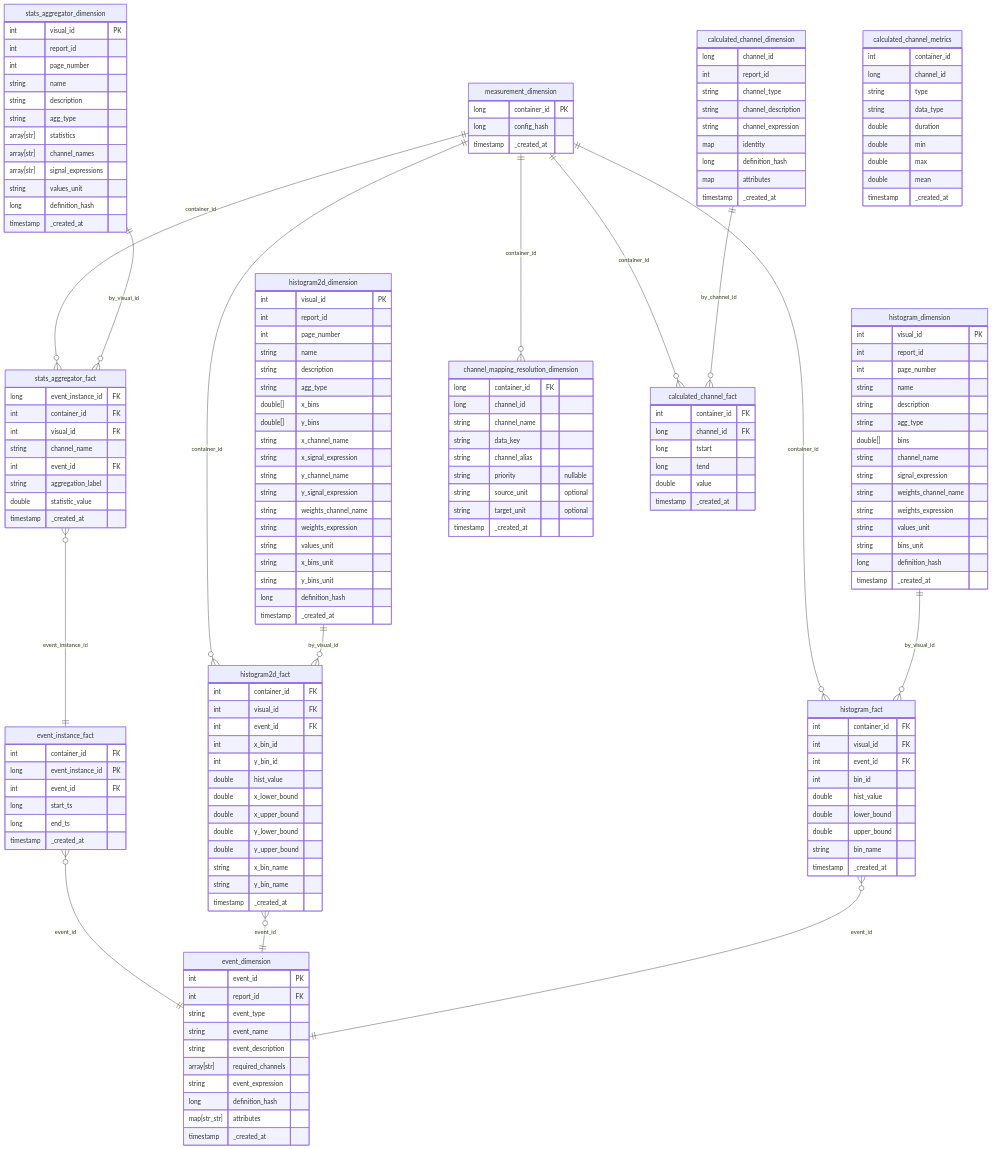
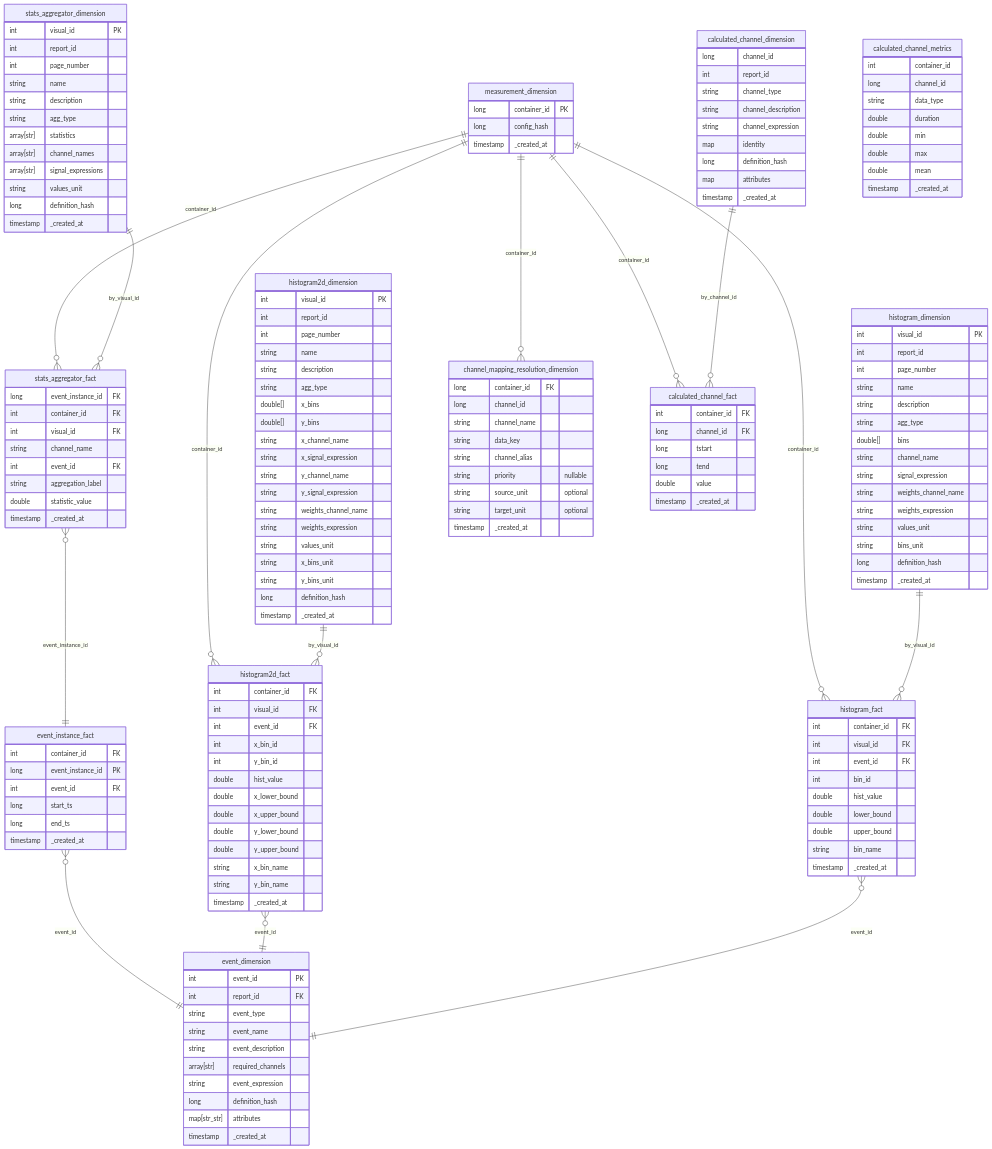
Before and after one commit to databrickslabs/impulse: the diagram in docs/impulse/docs/data_model/gold_layer_event_normalized.md, drawn with Mermaid. The commit also changed 6 other files, not shown here.

```diff
--- a/docs/impulse/docs/data_model/gold_layer_event_normalized.md
+++ b/docs/impulse/docs/data_model/gold_layer_event_normalized.md
@@ -189,7 +189,6 @@
 calculated_channel_metrics {
     int container_id
     long channel_id
-    string type
     string data_type
     double duration
     double min
```
